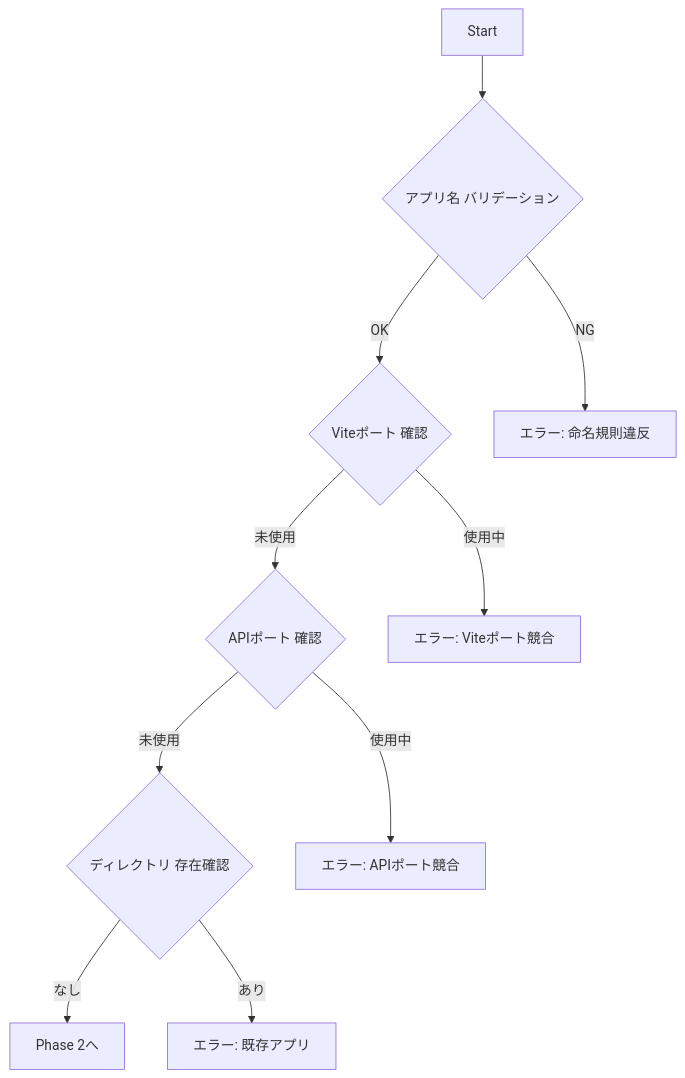
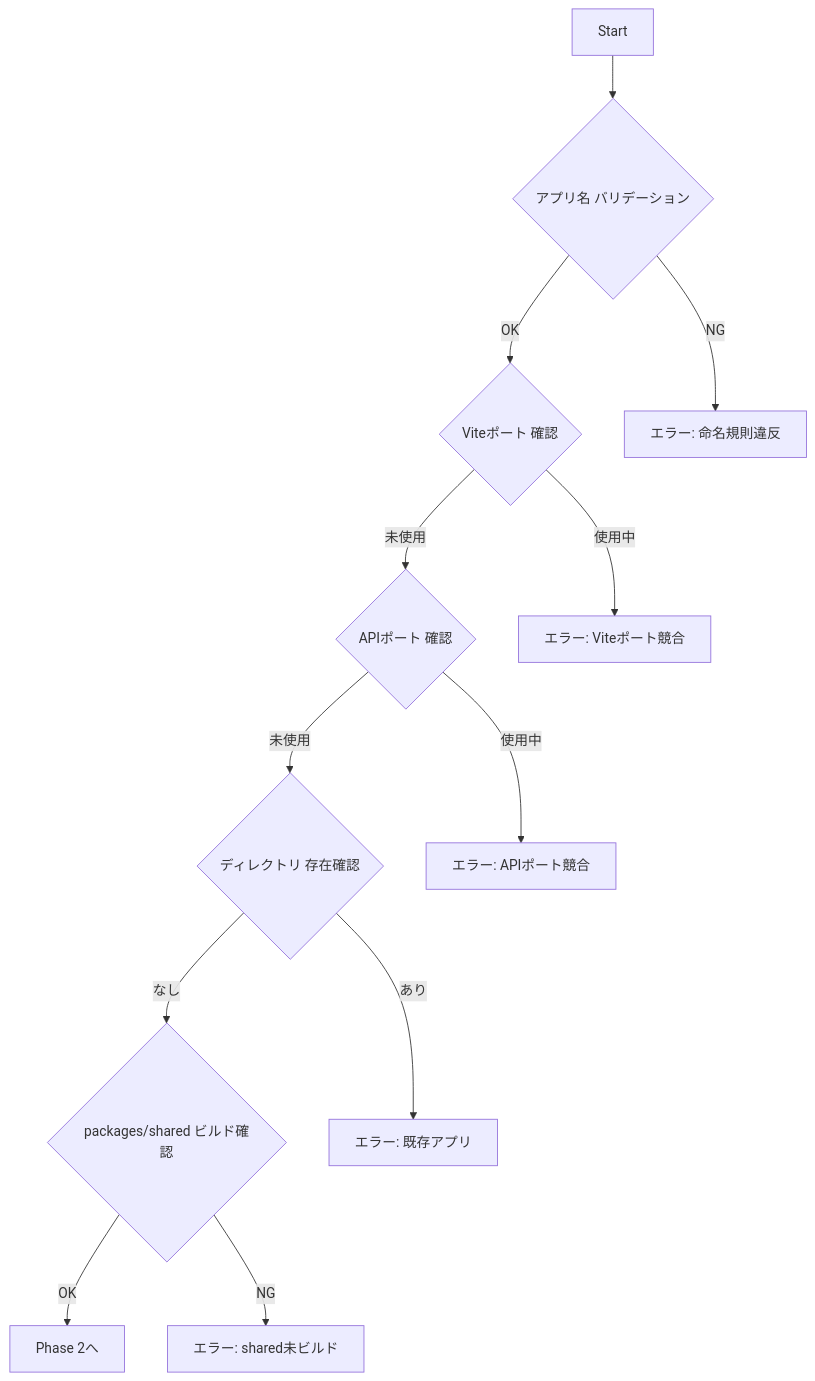
Before and after one commit to 53able/goui: the second of 2 diagrams in .cursor/commands/add-app.md, drawn with Mermaid. The commit also changed other lines of this file and 4 other files, not shown here.

````diff
--- a/.cursor/commands/add-app.md
+++ b/.cursor/commands/add-app.md
@@ -103,12 +103,14 @@
 ```mermaid
 flowchart TD
     A[Start] --> B{アプリ名 バリデーション}
     B -->|OK| C{Viteポート 確認}
     B -->|NG| B1[エラー: 命名規則違反]
     C -->|未使用| D{APIポート 確認}
     C -->|使用中| C1[エラー: Viteポート競合]
     D -->|未使用| E{ディレクトリ 存在確認}
     D -->|使用中| D1[エラー: APIポート競合]
-    E -->|なし| F[Phase 2へ]
+    E -->|なし| F{packages/shared ビルド確認}
     E -->|あり| E1[エラー: 既存アプリ]
+    F -->|OK| G[Phase 2へ]
+    F -->|NG| F1[エラー: shared未ビルド]
 ```
````
